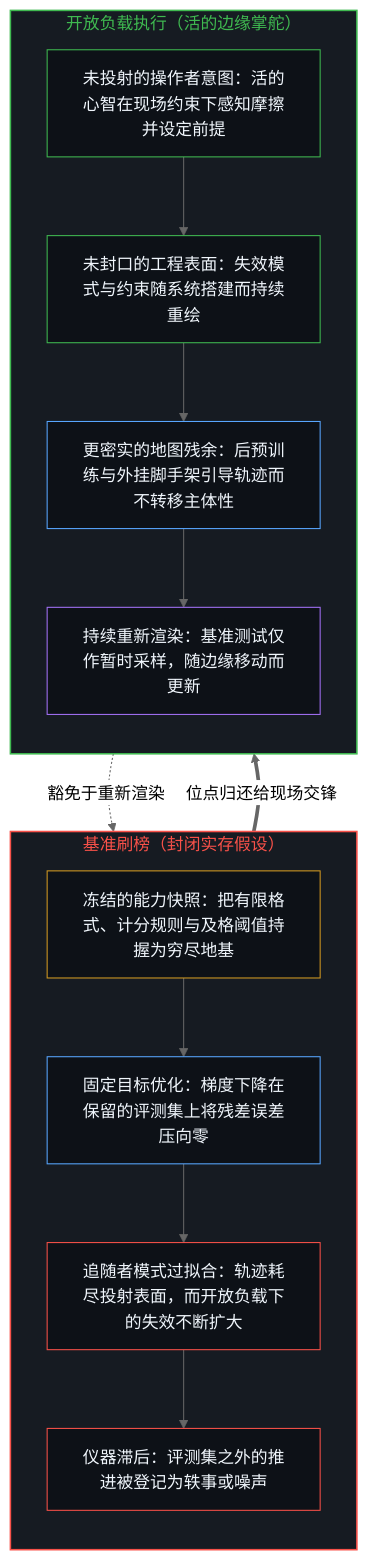
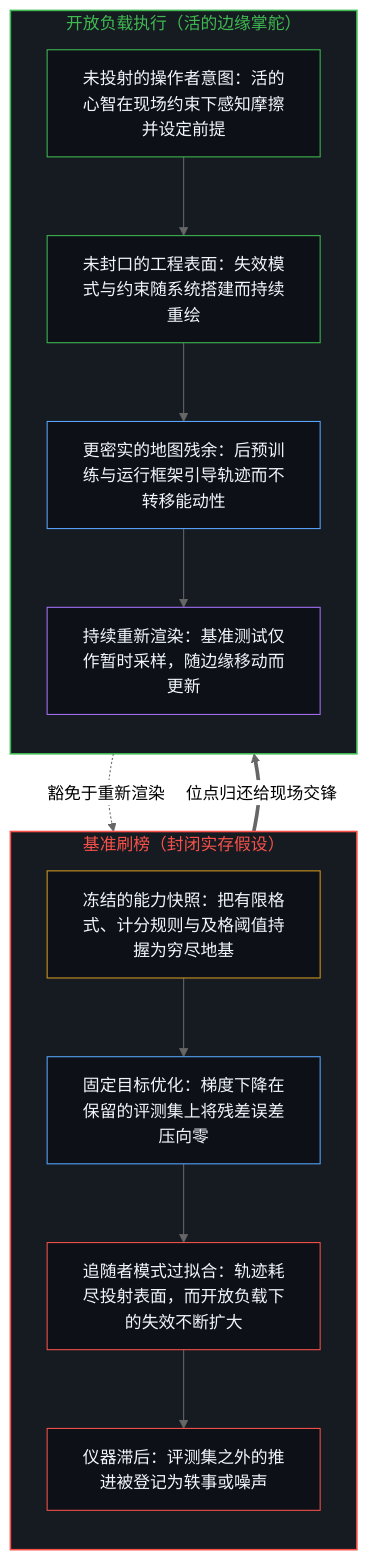
Before and after one commit to powerpig99/not-a-toe: the first of 2 diagrams in content/posts/closed-reality-in-benchmark-maxing.md, drawn with Mermaid (neutral theme). The commit also changed other lines of this file and 12 other files, not shown here.

````diff
--- a/content/posts/closed-reality-in-benchmark-maxing.md
+++ b/content/posts/closed-reality-in-benchmark-maxing.md
@@ -39,31 +39,31 @@
 ```mermaid
 flowchart TD
     subgraph S_Closed["基准刷榜（封闭实存假设）"]
         direction TB
         C_Snap["冻结的能力快照：把有限格式、计分规则与及格阈值持握为穷尽地基"]
         C_Grad["固定目标优化：梯度下降在保留的评测集上将残差误差压向零"]
         C_Over["追随者模式过拟合：轨迹耗尽投射表面，而开放负载下的失效不断扩大"]
         C_Conceal["仪器滞后：评测集之外的推进被登记为轶事或噪声"]
         C_Snap --> C_Grad --> C_Over --> C_Conceal
     end
     subgraph S_Open["开放负载执行（活的边缘掌舵）"]
         direction TB
         O_Edge["未投射的操作者意图：活的心智在现场约束下感知摩擦并设定前提"]
         O_Load["未封口的工程表面：失效模式与约束随系统搭建而持续重绘"]
-        O_Dense["更密实的地图残余：后预训练与外挂脚手架引导轨迹而不转移主体性"]
+        O_Dense["更密实的地图残余：后预训练与运行框架引导轨迹而不转移能动性"]
         O_Return["持续重新渲染：基准测试仅作暂时采样，随边缘移动而更新"]
         O_Edge --> O_Load --> O_Dense --> O_Return
     end
     O_Return -.->|"豁免于重新渲染"| C_Snap
     C_Conceal ==>|"位点归还给现场交锋"| O_Edge
     style S_Closed fill:#161b22,stroke:#f85149,stroke-width:1.5px,color:#f85149
     style S_Open fill:#161b22,stroke:#3fb950,stroke-width:1.5px,color:#3fb950
     style C_Snap fill:#0d1117,stroke:#d29922,stroke-width:1px,color:#f0f6fc
     style C_Grad fill:#0d1117,stroke:#58a6ff,stroke-width:1px,color:#f0f6fc
     style C_Over fill:#0d1117,stroke:#f85149,stroke-width:1px,color:#f0f6fc
     style C_Conceal fill:#0d1117,stroke:#f85149,stroke-width:1px,color:#f0f6fc
     style O_Edge fill:#0d1117,stroke:#3fb950,stroke-width:1px,color:#f0f6fc
     style O_Load fill:#0d1117,stroke:#3fb950,stroke-width:1px,color:#f0f6fc
     style O_Dense fill:#0d1117,stroke:#58a6ff,stroke-width:1px,color:#f0f6fc
     style O_Return fill:#0d1117,stroke:#a371f7,stroke-width:1px,color:#f0f6fc
 ```
````
